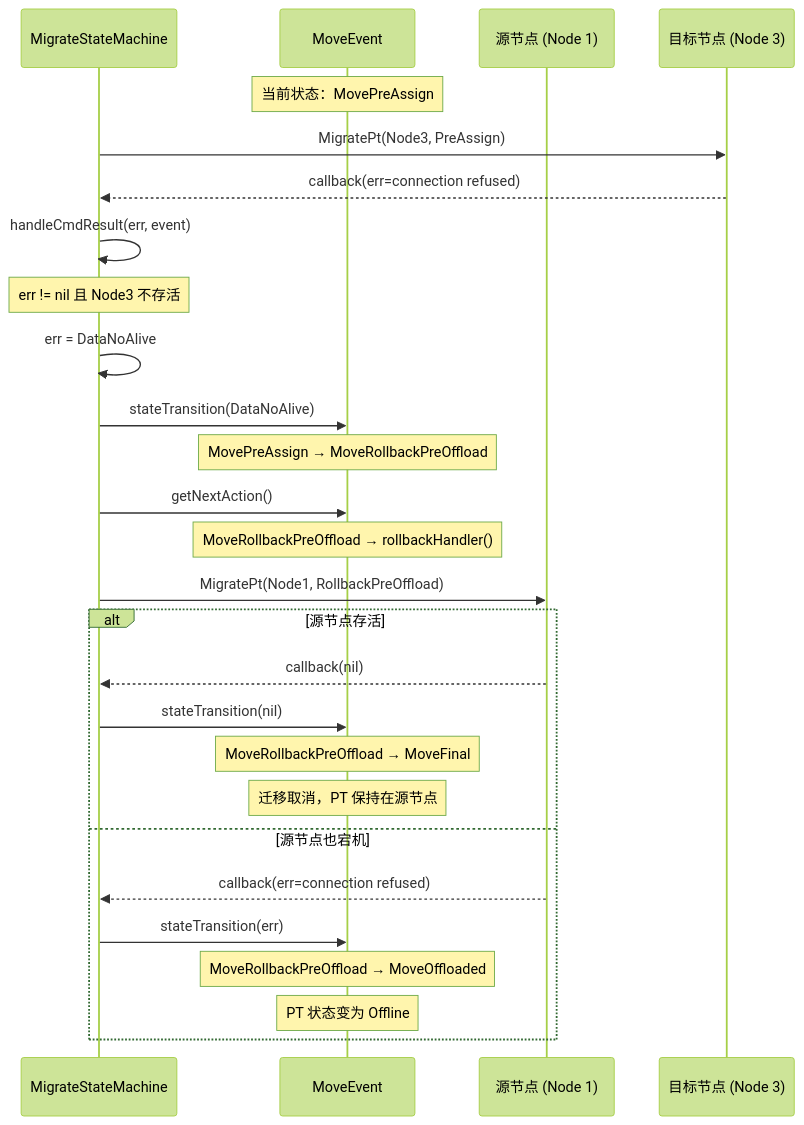
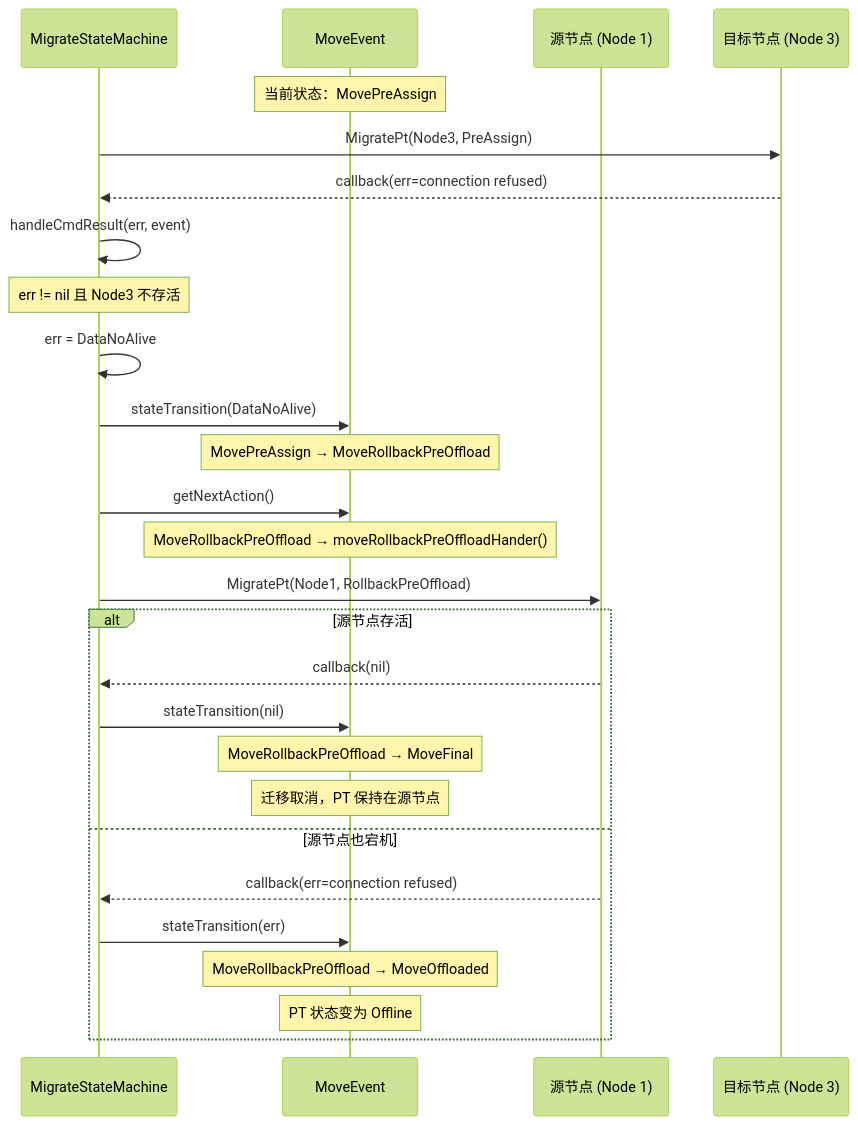
One commit to stefanv5/openGemini changed diagram 20 of 22 in docs/specs/12_cluster_migration_spec.md. Above: the diagram before and after it, drawn with Mermaid (forest theme). The commit also changed other lines of this file and 37 other files, not shown here.

````diff
--- a/docs/specs/12_cluster_migration_spec.md
+++ b/docs/specs/12_cluster_migration_spec.md
@@ -2360,34 +2380,34 @@
 ```mermaid
 sequenceDiagram
     participant MSM as MigrateStateMachine
     participant Event as MoveEvent
     participant Src as 源节点 (Node 1)
     participant Dst as 目标节点 (Node 3)
 
     Note over Event: 当前状态：MovePreAssign
 
     MSM->>Dst: MigratePt(Node3, PreAssign)
     Dst-->>MSM: callback(err=connection refused)
 
     MSM->>MSM: handleCmdResult(err, event)
     Note over MSM: err != nil 且 Node3 不存活
     MSM->>MSM: err = DataNoAlive
     MSM->>Event: stateTransition(DataNoAlive)
     Note over Event: MovePreAssign → MoveRollbackPreOffload
 
     MSM->>Event: getNextAction()
-    Note over Event: MoveRollbackPreOffload → rollbackHandler()
+    Note over Event: MoveRollbackPreOffload → moveRollbackPreOffloadHander()
     MSM->>Src: MigratePt(Node1, RollbackPreOffload)
     
     alt 源节点存活
         Src-->>MSM: callback(nil)
         MSM->>Event: stateTransition(nil)
         Note over Event: MoveRollbackPreOffload → MoveFinal
         Note over Event: 迁移取消，PT 保持在源节点
     else 源节点也宕机
         Src-->>MSM: callback(err=connection refused)
         MSM->>Event: stateTransition(err)
         Note over Event: MoveRollbackPreOffload → MoveOffloaded
         Note over Event: PT 状态变为 Offline
     end
 ```
````
